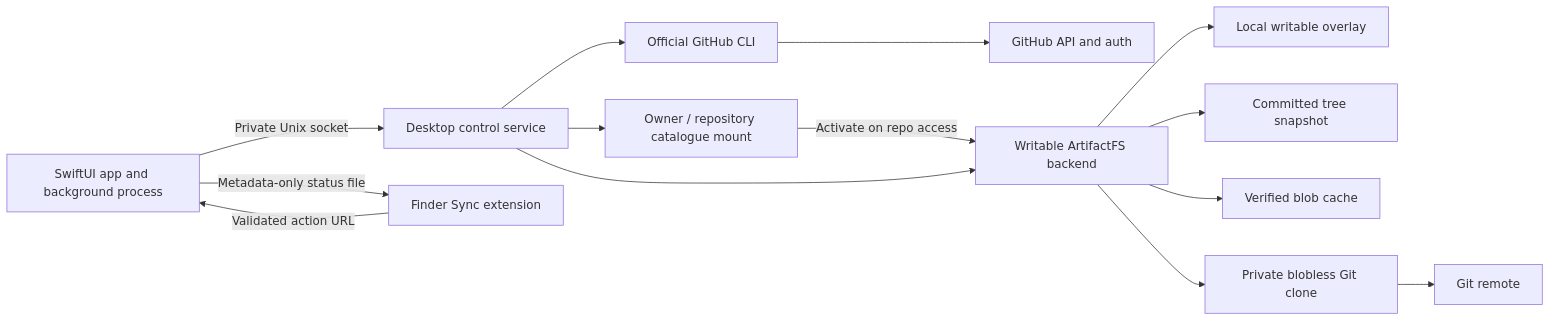
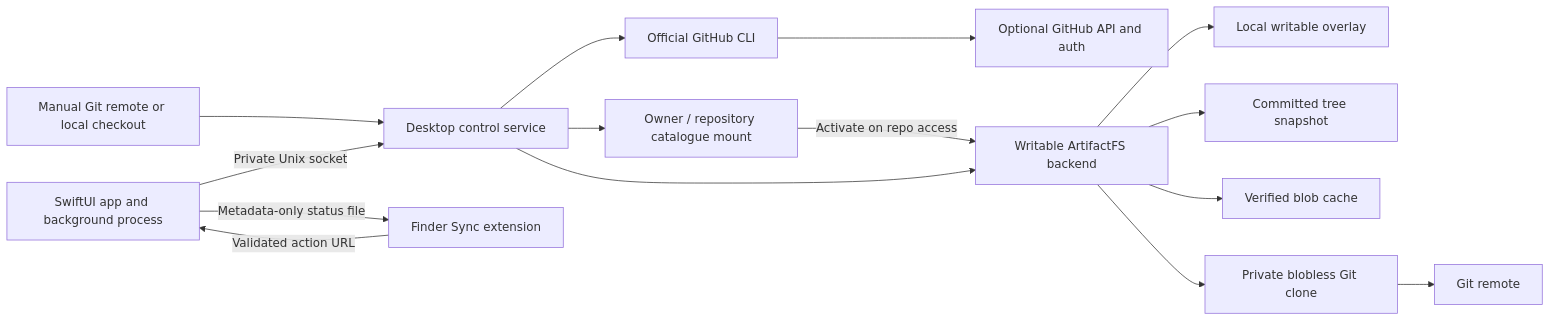
The diagram in docs/reporeach/architecture.md (enoughtools/reporeach), drawn with Mermaid before and after one commit. The commit also changed other lines of this file and 42 other files, not shown here.

````diff
--- a/docs/reporeach/architecture.md
+++ b/docs/reporeach/architecture.md
@@ -5,16 +5,17 @@
 ```mermaid
 flowchart LR
     App[SwiftUI app and background process] -->|Private Unix socket| Desktop[Desktop control service]
     Finder[Finder Sync extension] -->|Validated action URL| App
     App -->|Metadata-only status file| Finder
     Desktop --> GH[Official GitHub CLI]
-    GH --> GitHub[GitHub API and auth]
+    GH --> GitHub[Optional GitHub API and auth]
+    Sources[Manual Git remote or local checkout] --> Desktop
     Desktop --> Catalog[Owner / repository catalogue mount]
     Catalog -->|Activate on repo access| AFS[Writable ArtifactFS backend]
     Desktop --> AFS
     AFS --> Overlay[Local writable overlay]
     AFS --> Snapshot[Committed tree snapshot]
     AFS --> Cache[Verified blob cache]
     AFS --> Git[Private blobless Git clone]
     Git --> Remote[Git remote]
 ```
````
